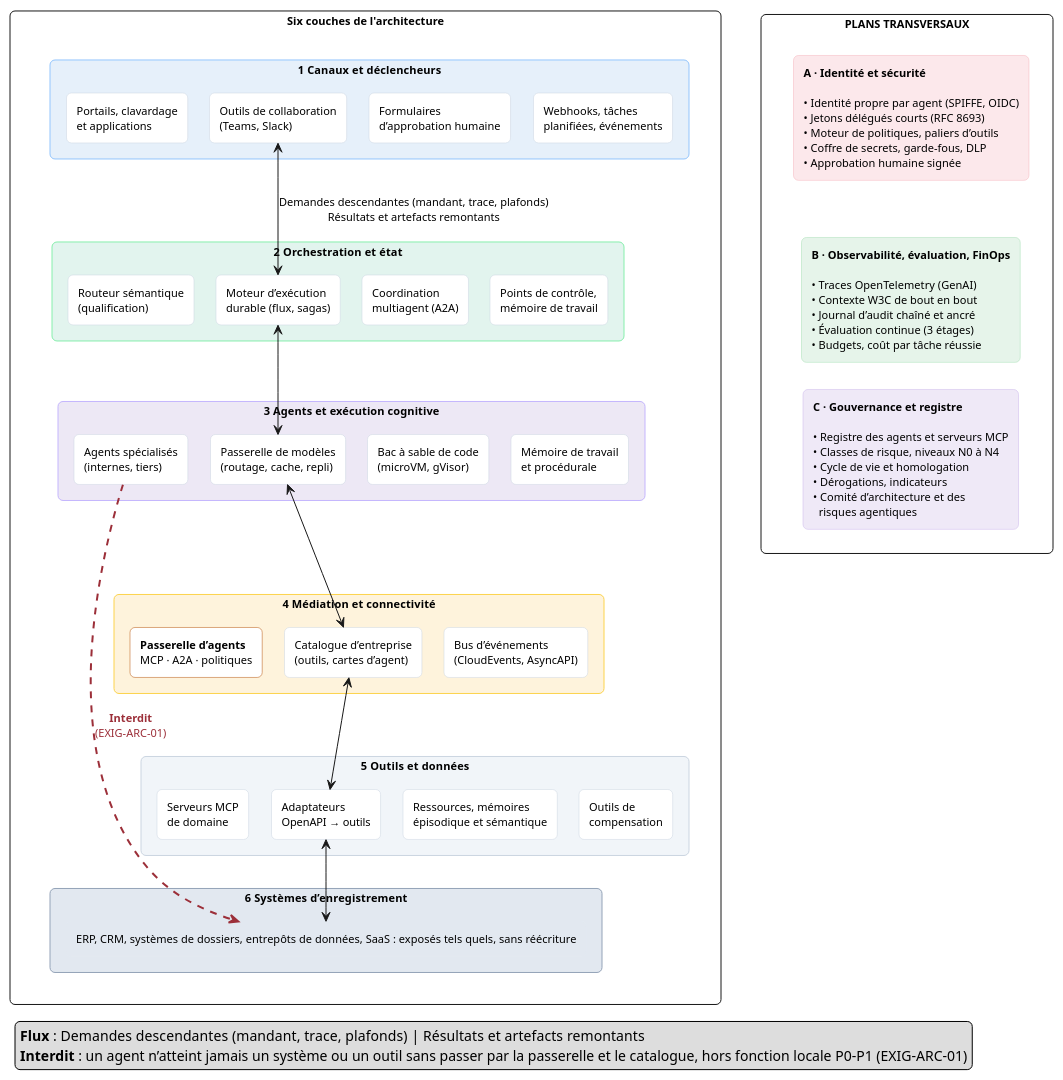
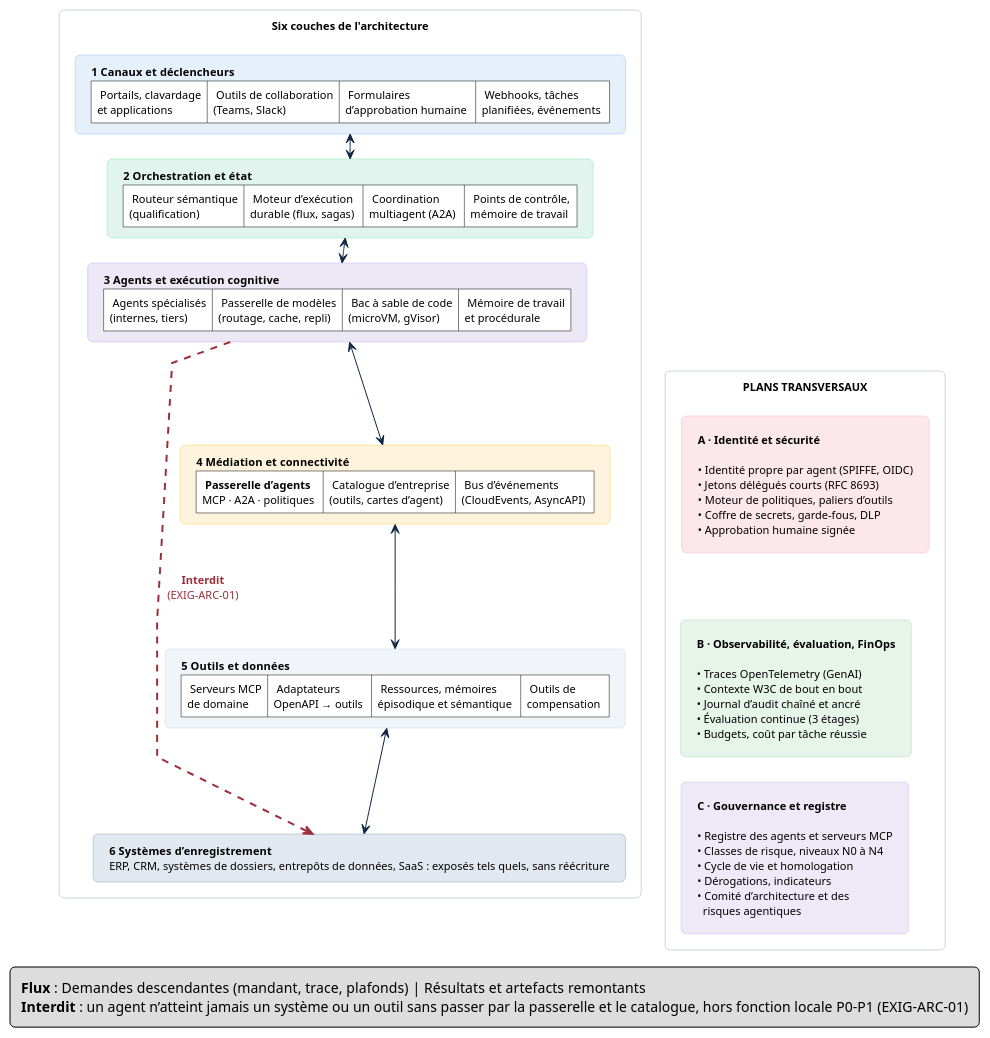
The diagram in 2 - Cadre de Référence/Diagrammes/Figure-03 - Architecture de référence - six couches et trois plans transversaux.puml (agbruneau/Agentique), drawn with PlantUML before and after one commit. The commit also changed 270 other files, not shown here.

First line of the commit message:
Audit approfondi et corrections finales Markdown et diagrammes des 6 ouvrages

```diff
--- a/2 - Cadre de Référence/Diagrammes/Figure-03 - Architecture de référence - six couches et trois plans transversaux.puml
+++ b/2 - Cadre de Référence/Diagrammes/Figure-03 - Architecture de référence - six couches et trois plans transversaux.puml
@@ -3,94 +3,76 @@
 @startuml
 top to bottom direction
 skinparam shadowing false
 skinparam roundcorner 10
 skinparam defaultFontName "Segoe UI"
 skinparam defaultFontSize 11
+skinparam Padding 6
+skinparam linetype polyline
+skinparam nodesep 16
+skinparam ranksep 24
 skinparam packageStyle rectangle
-skinparam nodesep 22
-skinparam ranksep 26
 
-package "Six couches de l'architecture" as Couches #FFFFFF {
-  rectangle "**1  Canaux et déclencheurs**" as L1 #E6F0FA;line:93C5FD {
-    rectangle "Portails, clavardage\net applications" as L1a #FFFFFF;line:CBD5E1
-    rectangle "Outils de collaboration\n(Teams, Slack)" as L1b #FFFFFF;line:CBD5E1
-    rectangle "Formulaires\nd’approbation humaine" as L1c #FFFFFF;line:CBD5E1
-    rectangle "Webhooks, tâches\nplanifiées, événements" as L1d #FFFFFF;line:CBD5E1
+together {
+  rectangle "**Six couches de l'architecture**" as Couches #FFFFFF;line:CBD5E1 {
+    card L1 #E6F0FA;line:93C5FD [
+      **1  Canaux et déclencheurs**
+      |<#FFFFFF> Portails, clavardage\net applications |<#FFFFFF> Outils de collaboration\n(Teams, Slack) |<#FFFFFF> Formulaires\nd’approbation humaine |<#FFFFFF> Webhooks, tâches\nplanifiées, événements |
+    ]
+
+    card L2 #E2F4EE;line:86EFAC [
+      **2  Orchestration et état**
+      |<#FFFFFF> Routeur sémantique\n(qualification) |<#FFFFFF> Moteur d’exécution\ndurable (flux, sagas) |<#FFFFFF> Coordination\nmultiagent (A2A) |<#FFFFFF> Points de contrôle,\nmémoire de travail |
+    ]
+
+    card L3 #EDE8F5;line:C4B5FD [
+      **3  Agents et exécution cognitive**
+      |<#FFFFFF> Agents spécialisés\n(internes, tiers) |<#FFFFFF> Passerelle de modèles\n(routage, cache, repli) |<#FFFFFF> Bac à sable de code\n(microVM, gVisor) |<#FFFFFF> Mémoire de travail\net procédurale |
+    ]
+
+    card L4 #FEF3DC;line:FCD34D [
+      **4  Médiation et connectivité**
+      |<#FFFFFF> **Passerelle d’agents**\nMCP · A2A · politiques |<#FFFFFF> Catalogue d’entreprise\n(outils, cartes d’agent) |<#FFFFFF> Bus d’événements\n(CloudEvents, AsyncAPI) |
+    ]
+
+    card L5 #F1F5F9;line:CBD5E1 [
+      **5  Outils et données**
+      |<#FFFFFF> Serveurs MCP\nde domaine |<#FFFFFF> Adaptateurs\nOpenAPI → outils |<#FFFFFF> Ressources, mémoires\népisodique et sémantique |<#FFFFFF> Outils de\ncompensation |
+    ]
+
+    card L6 #E2E8F0;line:94A3B8 [
+      **6  Systèmes d’enregistrement**
+      ERP, CRM, systèmes de dossiers, entrepôts de données, SaaS : exposés tels quels, sans réécriture
+    ]
+
+    L1 <-[#0F2744]down-> L2
+    L2 <-[#0F2744]down-> L3
+    L3 <-[#0F2744]down-> L4
+    L4 <-[#0F2744]down-> L5
+    L5 <-[#0F2744]down-> L6
+    L3 -[#9C2F39,dashed,thickness=2]down-> L6 : <color:#9C2F39><b>Interdit</b></color>\n<color:#9C2F39>(EXIG-ARC-01)</color>
   }
 
-  rectangle "**2  Orchestration et état**" as L2 #E2F4EE;line:86EFAC {
-    rectangle "Routeur sémantique\n(qualification)" as L2a #FFFFFF;line:CBD5E1
-    rectangle "Moteur d’exécution\ndurable (flux, sagas)" as L2b #FFFFFF;line:CBD5E1
-    rectangle "Coordination\nmultiagent (A2A)" as L2c #FFFFFF;line:CBD5E1
-    rectangle "Points de contrôle,\nmémoire de travail" as L2d #FFFFFF;line:CBD5E1
-  }
+  rectangle "**PLANS TRANSVERSAUX**" as Plans #FFFFFF;line:CBD5E1 {
+    rectangle "**A · Identité et sécurité**\n\n• Identité propre par agent (SPIFFE, OIDC)\n• Jetons délégués courts (RFC 8693)\n• Moteur de politiques, paliers d’outils\n• Coffre de secrets, garde-fous, DLP\n• Approbation humaine signée" as PA #FCE8EB;line:F4B4BC
 
-  rectangle "**3  Agents et exécution cognitive**" as L3 #EDE8F5;line:C4B5FD {
-    rectangle "Agents spécialisés\n(internes, tiers)" as L3a #FFFFFF;line:CBD5E1
-    rectangle "Passerelle de modèles\n(routage, cache, repli)" as L3b #FFFFFF;line:CBD5E1
-    rectangle "Bac à sable de code\n(microVM, gVisor)" as L3c #FFFFFF;line:CBD5E1
-    rectangle "Mémoire de travail\net procédurale" as L3d #FFFFFF;line:CBD5E1
-  }
+    rectangle "**B · Observabilité, évaluation, FinOps**\n\n• Traces OpenTelemetry (GenAI)\n• Contexte W3C de bout en bout\n• Journal d’audit chaîné et ancré\n• Évaluation continue (3 étages)\n• Budgets, coût par tâche réussie" as PB #E6F4EA;line:A7DFB5
 
-  rectangle "**4  Médiation et connectivité**" as L4 #FEF3DC;line:FCD34D {
-    rectangle "**Passerelle d’agents**\nMCP · A2A · politiques" as L4a #FFFFFF;line:B45309
-    rectangle "Catalogue d’entreprise\n(outils, cartes d’agent)" as L4b #FFFFFF;line:CBD5E1
-    rectangle "Bus d’événements\n(CloudEvents, AsyncAPI)" as L4c #FFFFFF;line:CBD5E1
-  }
+    rectangle "**C · Gouvernance et registre**\n\n• Registre des agents et serveurs MCP\n• Classes de risque, niveaux N0 à N4\n• Cycle de vie et homologation\n• Dérogations, indicateurs\n• Comité d’architecture et des\n  risques agentiques" as PC #EFE9F7;line:CBB6EA
 
-  rectangle "**5  Outils et données**" as L5 #F1F5F9;line:CBD5E1 {
-    rectangle "Serveurs MCP\nde domaine" as L5a #FFFFFF;line:CBD5E1
-    rectangle "Adaptateurs\nOpenAPI → outils" as L5b #FFFFFF;line:CBD5E1
-    rectangle "Ressources, mémoires\népisodique et sémantique" as L5c #FFFFFF;line:CBD5E1
-    rectangle "Outils de\ncompensation" as L5d #FFFFFF;line:CBD5E1
-  }
-
-  rectangle "**6  Systèmes d’enregistrement**" as L6 #E2E8F0;line:94A3B8 {
-    rectangle "ERP, CRM, systèmes de dossiers, entrepôts de données, SaaS : exposés tels quels, sans réécriture" as L6a #E2E8F0;line:E2E8F0
+    PA -[hidden]down-> PB
+    PB -[hidden]down-> PC
   }
 }
 
-package "PLANS TRANSVERSAUX" as Plans #FFFFFF {
-  rectangle "**A · Identité et sécurité**\n\n• Identité propre par agent (SPIFFE, OIDC)\n• Jetons délégués courts (RFC 8693)\n• Moteur de politiques, paliers d’outils\n• Coffre de secrets, garde-fous, DLP\n• Approbation humaine signée" as PA #FCE8EB;line:F4B4BC
-
-  rectangle "**B · Observabilité, évaluation, FinOps**\n\n• Traces OpenTelemetry (GenAI)\n• Contexte W3C de bout en bout\n• Journal d’audit chaîné et ancré\n• Évaluation continue (3 étages)\n• Budgets, coût par tâche réussie" as PB #E6F4EA;line:A7DFB5
-
-  rectangle "**C · Gouvernance et registre**\n\n• Registre des agents et serveurs MCP\n• Classes de risque, niveaux N0 à N4\n• Cycle de vie et homologation\n• Dérogations, indicateurs\n• Comité d’architecture et des\n  risques agentiques" as PC #EFE9F7;line:CBB6EA
-}
-
-L1a -[hidden]right-> L1b
-L1b -[hidden]right-> L1c
-L1c -[hidden]right-> L1d
-
-L2a -[hidden]right-> L2b
-L2b -[hidden]right-> L2c
-L2c -[hidden]right-> L2d
-
-L3a -[hidden]right-> L3b
-L3b -[hidden]right-> L3c
-L3c -[hidden]right-> L3d
-
-L4a -[hidden]right-> L4b
-L4b -[hidden]right-> L4c
-
-L5a -[hidden]right-> L5b
-L5b -[hidden]right-> L5c
-L5c -[hidden]right-> L5d
-
-L1b <-down-> L2b : Demandes descendantes (mandant, trace, plafonds)\nRésultats et artefacts remontants
-L2b <-down-> L3b
-L3b <-down-> L4b
-L4b <-down-> L5b
-L5b <-down-> L6a
-
-L3a -[#9C2F39,dashed,thickness=2]down-> L6a : <color:#9C2F39><b>Interdit</b></color>\n<color:#9C2F39>(EXIG-ARC-01)</color>
-
-PA -[hidden]down-> PB
-PB -[hidden]down-> PC
-Couches -[hidden]right-> Plans
+L1 -[hidden]right-> PA
+L2 -[hidden]right-> PA
+L3 -[hidden]right-> PB
+L4 -[hidden]right-> PB
+L5 -[hidden]right-> PC
+L6 -[hidden]right-> PC
 
 legend bottom left
   **Flux** : Demandes descendantes (mandant, trace, plafonds)  |  Résultats et artefacts remontants
   **Interdit** : un agent n’atteint jamais un système ou un outil sans passer par la passerelle et le catalogue, hors fonction locale P0-P1 (EXIG-ARC-01)
 endlegend
 @enduml
```
